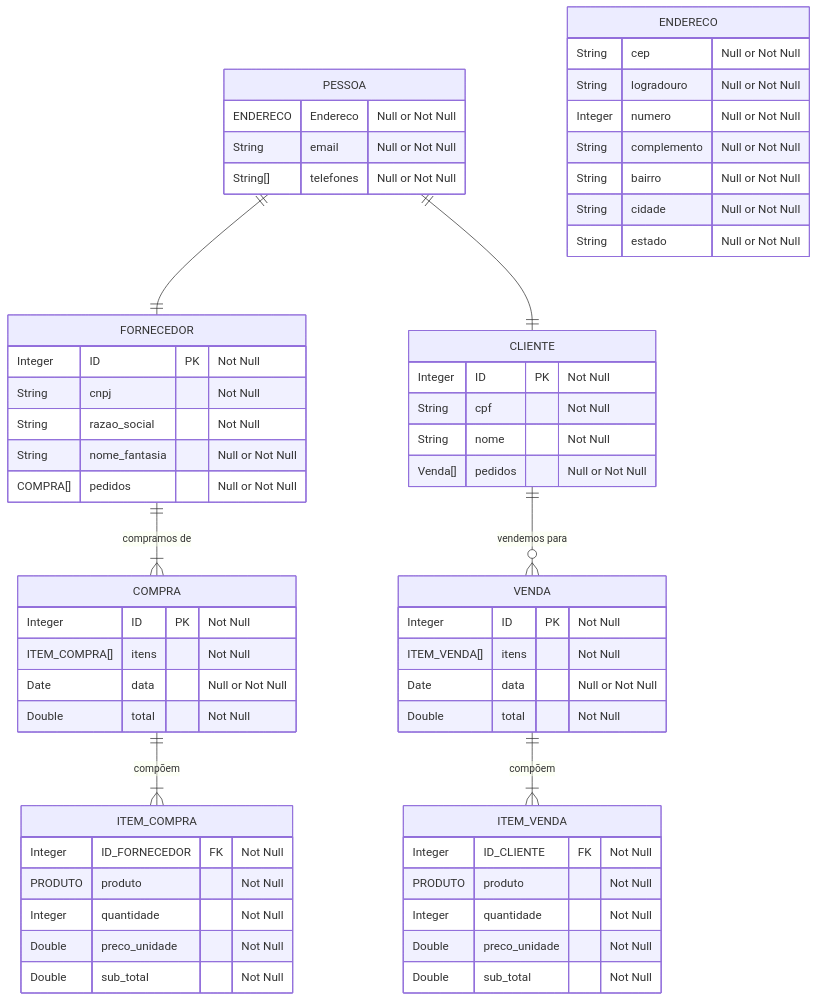
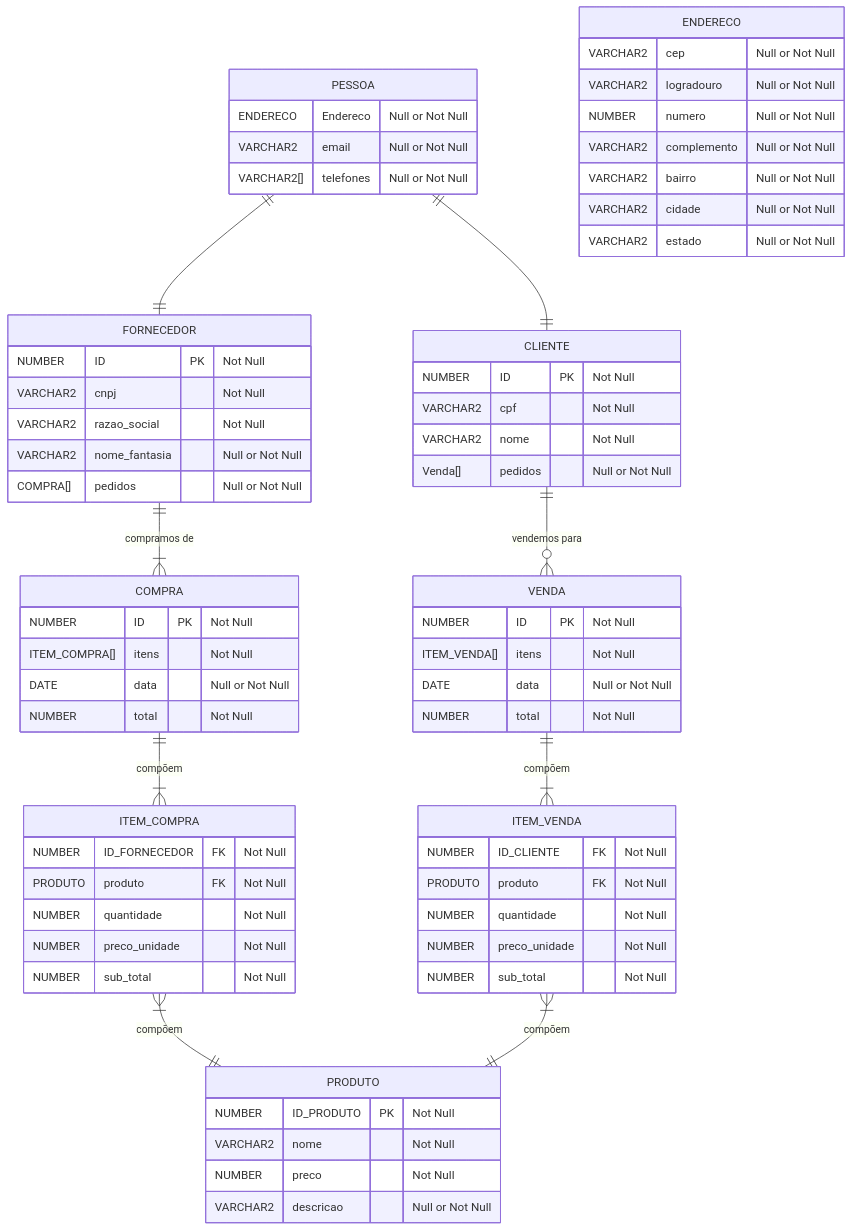
The diagram in planning/erDiagram.mmd (digaoes94/trabalhoSQL), drawn with Mermaid before and after one commit. The commit also changed 1 other file, not shown here.

Commit message:
Completed Entity-Relationship diagram

```diff
--- a/planning/erDiagram.mmd
+++ b/planning/erDiagram.mmd
@@ -1,70 +1,80 @@
 erDiagram
     PESSOA {
         ENDERECO Endereco "Null or Not Null"
-        String email "Null or Not Null"
-        String[] telefones "Null or Not Null"
+        VARCHAR2 email "Null or Not Null"
+        VARCHAR2[] telefones "Null or Not Null"
     }
 
     FORNECEDOR {
-        Integer ID PK "Not Null"
-        String cnpj"Not Null"
-        String razao_social"Not Null"
-        String nome_fantasia "Null or Not Null"
+        NUMBER ID PK "Not Null"
+        VARCHAR2 cnpj "Not Null"
+        VARCHAR2 razao_social "Not Null"
+        VARCHAR2 nome_fantasia "Null or Not Null"
         COMPRA[] pedidos "Null or Not Null"
     }
 
     ITEM_COMPRA {
-        Integer ID_FORNECEDOR FK "Not Null"
-        PRODUTO produto "Not Null"
-        Integer quantidade"Not Null"
-        Double preco_unidade"Not Null"
-        Double sub_total"Not Null"
+        NUMBER ID_FORNECEDOR FK "Not Null"
+        PRODUTO produto FK "Not Null"
+        NUMBER quantidade "Not Null"
+        NUMBER preco_unidade "Not Null"
+        NUMBER sub_total "Not Null"
     }
 
     COMPRA {
-        Integer ID PK "Not Null"
+        NUMBER ID PK "Not Null"
         ITEM_COMPRA[] itens"Not Null"
-        Date data "Null or Not Null"
-        Double total"Not Null"
+        DATE data "Null or Not Null"
+        NUMBER total "Not Null"
     }
 
     CLIENTE {
-        Integer ID PK "Not Null"
-        String cpf"Not Null"
-        String nome"Not Null"
+        NUMBER ID PK "Not Null"
+        VARCHAR2 cpf "Not Null"
+        VARCHAR2 nome "Not Null"
         Venda[] pedidos "Null or Not Null"
     }
 
     ITEM_VENDA {
-        Integer ID_CLIENTE FK "Not Null"
-        PRODUTO produto "Not Null"
-        Integer quantidade"Not Null"
-        Double preco_unidade"Not Null"
-        Double sub_total"Not Null"
+        NUMBER ID_CLIENTE FK "Not Null"
+        PRODUTO produto FK "Not Null"
+        NUMBER quantidade "Not Null"
+        NUMBER preco_unidade "Not Null"
+        NUMBER sub_total "Not Null"
     }
 
     VENDA {
-        Integer ID PK "Not Null"
+        NUMBER ID PK "Not Null"
         ITEM_VENDA[] itens"Not Null"
-        Date data "Null or Not Null"
-        Double total"Not Null"
+        DATE data "Null or Not Null"
+        NUMBER total "Not Null"
     }
 
     ENDERECO {
-        String cep "Null or Not Null"
-        String logradouro "Null or Not Null"
-        Integer numero "Null or Not Null"
-        String complemento "Null or Not Null"
-        String bairro "Null or Not Null"
-        String cidade "Null or Not Null"
-        String estado "Null or Not Null"
+        VARCHAR2 cep "Null or Not Null"
+        VARCHAR2 logradouro "Null or Not Null"
+        NUMBER numero "Null or Not Null"
+        VARCHAR2 complemento "Null or Not Null"
+        VARCHAR2 bairro "Null or Not Null"
+        VARCHAR2 cidade "Null or Not Null"
+        VARCHAR2 estado "Null or Not Null"
+    }
+
+    PRODUTO {
+        NUMBER ID_PRODUTO PK "Not Null"
+        VARCHAR2 nome "Not Null"
+        NUMBER preco "Not Null"
+        VARCHAR2 descricao "Null or Not Null"
     }
 
     PESSOA ||--|| FORNECEDOR : ""
     PESSOA ||--|| CLIENTE : ""
 
     FORNECEDOR ||--|{ COMPRA : "compramos de"
     COMPRA ||--|{ ITEM_COMPRA : "compõem"
 
     CLIENTE ||--O{ VENDA : "vendemos para"
     VENDA ||--|{ ITEM_VENDA : "compõem"
+
+    ITEM_COMPRA }|--|| PRODUTO : "compõem"
+    ITEM_VENDA }|--|| PRODUTO : "compõem"
```
